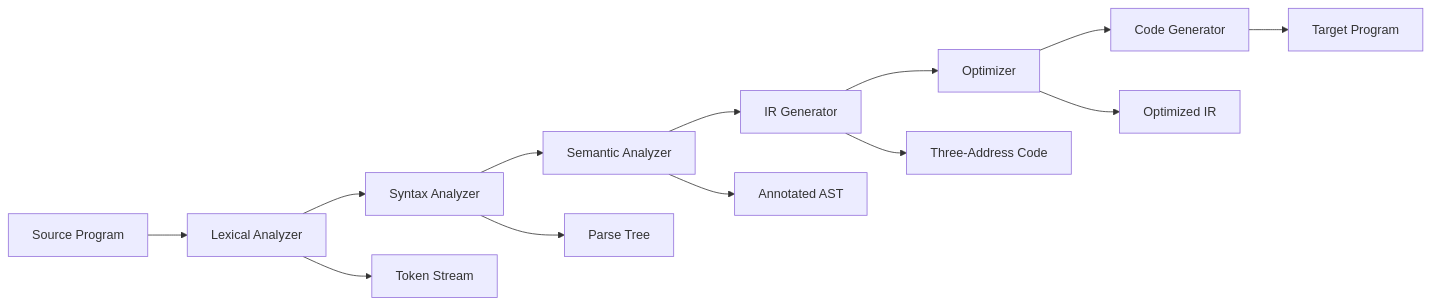
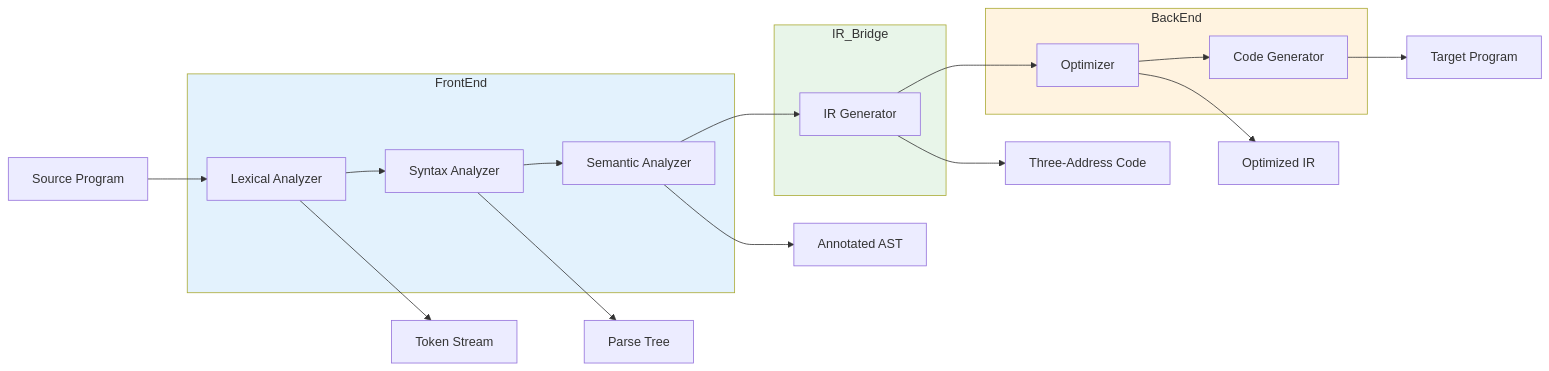
Before and after one commit to Raushan666java/ai-engineering-journey: the first of 3 diagrams in docs/courses/compiler-design/01-introduction.md, drawn with Mermaid. The commit also changed other lines of this file and 41 other files, not shown here.

````diff
--- a/docs/courses/compiler-design/01-introduction.md
+++ b/docs/courses/compiler-design/01-introduction.md
@@ -23,15 +24,31 @@
 ```mermaid
 flowchart LR
     A[Source Program] --> B[Lexical Analyzer]
     B --> C[Syntax Analyzer]
     C --> D[Semantic Analyzer]
     D --> E[IR Generator]
     E --> F[Optimizer]
     F --> G[Code Generator]
     G --> H[Target Program]
     B --> I[Token Stream]
     C --> J[Parse Tree]
     D --> K[Annotated AST]
     E --> L[Three-Address Code]
     F --> M[Optimized IR]
+
+    subgraph FrontEnd
+        B
+        C
+        D
+    end
+    subgraph BackEnd
+        F
+        G
+    end
+    subgraph IR_Bridge
+        E
+    end
+    style FrontEnd fill:#e3f2fd
+    style BackEnd fill:#fff3e0
+    style IR_Bridge fill:#e8f5e9
 ```
````
